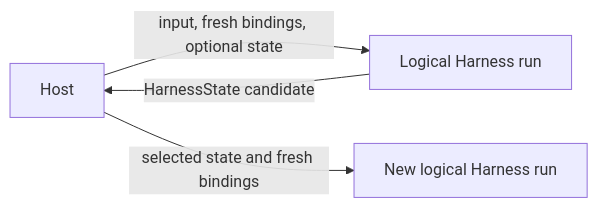
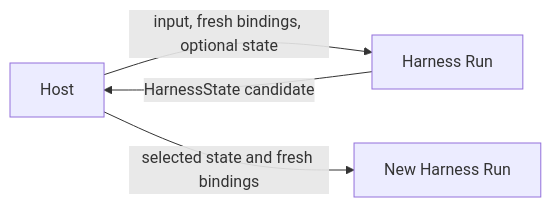
Before and after one commit to LTThreeComma/agent-foundation: the diagram in spec/agent-harness/10-snapshot-and-resume.md, drawn with Mermaid. The commit also changed other lines of this file and 92 other files, not shown here.

````diff
--- a/spec/agent-harness/10-snapshot-and-resume.md
+++ b/spec/agent-harness/10-snapshot-and-resume.md
@@ -15,6 +16,6 @@
 ```mermaid
 flowchart LR
-    Host -->|input, fresh bindings, optional state| Run1[Logical Harness run]
+    Host -->|input, fresh bindings, optional state| Run1[Harness Run]
     Run1 -->|HarnessState candidate| Host
-    Host -->|selected state and fresh bindings| Run2[New logical Harness run]
+    Host -->|selected state and fresh bindings| Run2[New Harness Run]
 ```
````
